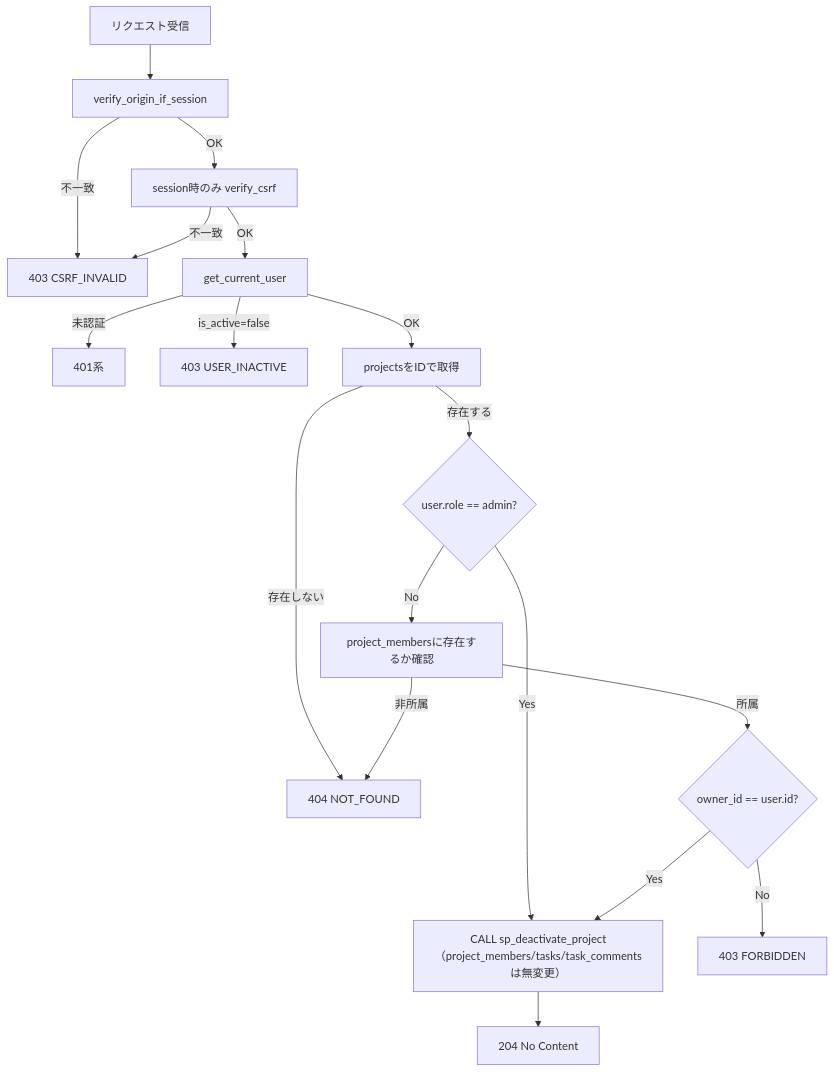
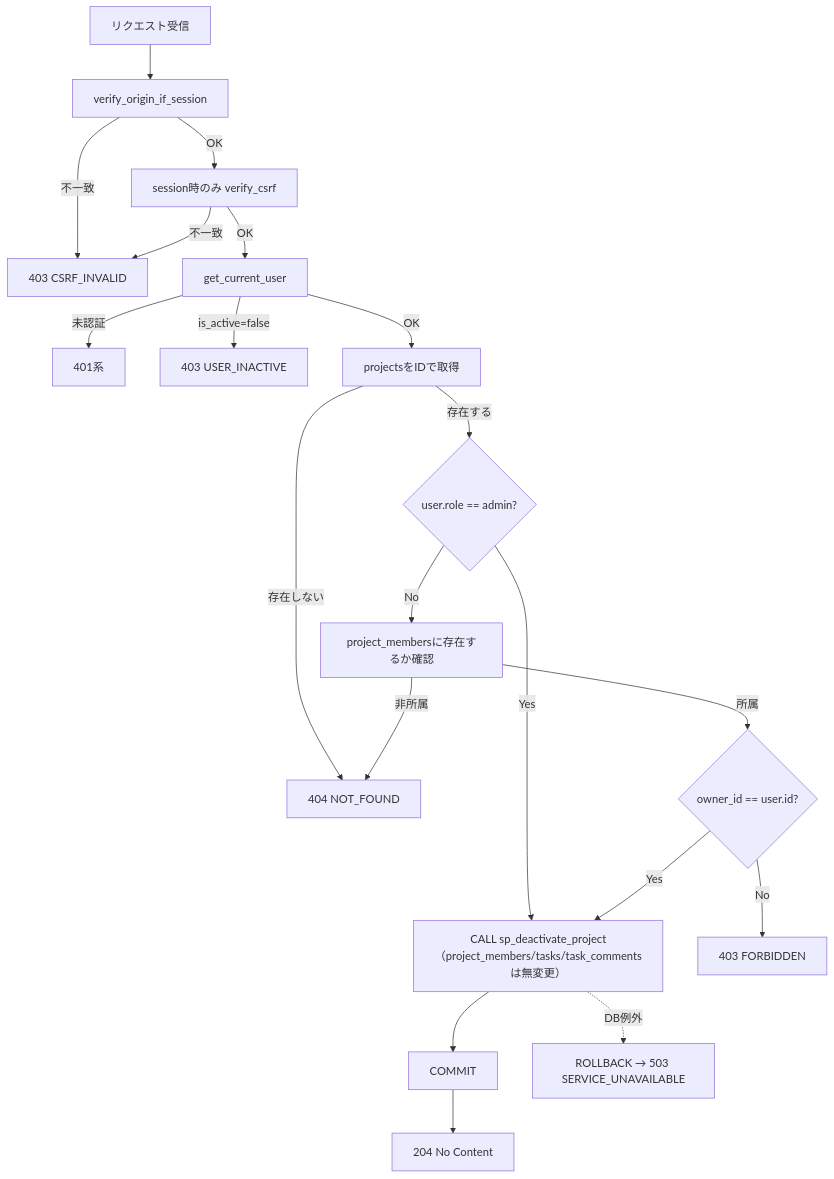
Before and after one commit to oikawa-d/task_management: the second of 4 diagrams in docs/detailed_design/api/projects/05_delete_project.md, drawn with Mermaid. The commit also changed other lines of this file and 8 other files, not shown here.

````diff
--- a/docs/detailed_design/api/projects/05_delete_project.md
+++ b/docs/detailed_design/api/projects/05_delete_project.md
@@ -89,20 +95,22 @@
 ```mermaid
 flowchart TB
     A["リクエスト受信"] --> B["verify_origin_if_session"]
     B -->|"不一致"| B1["403 CSRF_INVALID"]
     B -->|"OK"| C["session時のみ verify_csrf"]
     C -->|"不一致"| B1
     C -->|"OK"| D["get_current_user"]
     D -->|"未認証"| D1["401系"]
     D -->|"is_active=false"| D2["403 USER_INACTIVE"]
     D -->|"OK"| E["projectsをIDで取得"]
     E -->|"存在しない"| E1["404 NOT_FOUND"]
     E -->|"存在する"| F{"user.role == admin?"}
     F -->|"Yes"| H
     F -->|"No"| G["project_membersに存在するか確認"]
     G -->|"非所属"| E1
     G -->|"所属"| I{"owner_id == user.id?"}
     I -->|"No"| I1["403 FORBIDDEN"]
     I -->|"Yes"| H
-    H["CALL sp_deactivate_project<br/>（project_members/tasks/task_commentsは無変更）"] --> J["204 No Content"]
+    H["CALL sp_deactivate_project<br/>（project_members/tasks/task_commentsは無変更）"] --> I2["COMMIT"]
+    I2 --> J["204 No Content"]
+    H -.->|"DB例外"| K["ROLLBACK → 503 SERVICE_UNAVAILABLE"]
 ```
````
